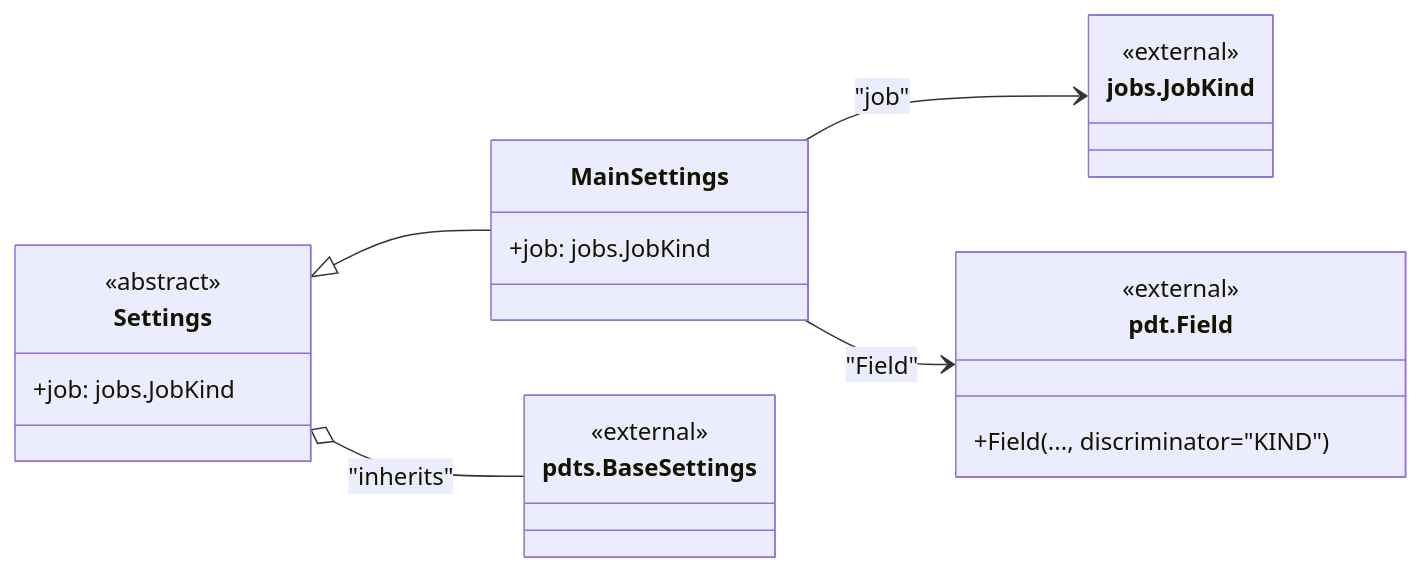
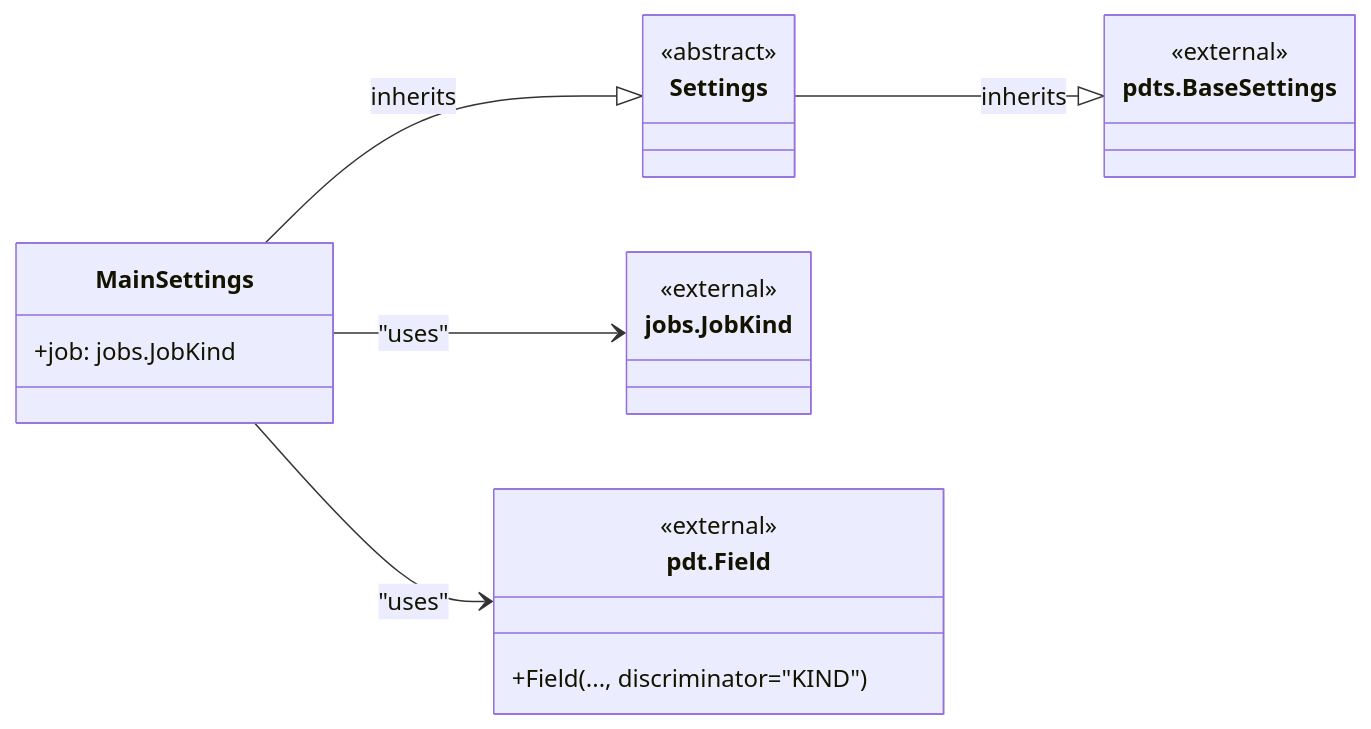
The diagram in Documents/Settings_stories.md (lgcorzo/mlops-python-package), drawn with Mermaid before and after one commit. The commit also changed other lines of this file and 21 other files, not shown here.

````diff
--- a/Documents/Settings_stories.md
+++ b/Documents/Settings_stories.md
@@ -18,32 +18,30 @@
 ```mermaid
 classDiagram
-direction LR
+    direction LR
 
     class Settings {
         <<abstract>>
-        +job: jobs.JobKind
     }
+    Settings --|> pdts.BaseSettings : inherits
 
     class MainSettings {
         +job: jobs.JobKind
     }
+    MainSettings --|> Settings : inherits
 
     class jobs.JobKind {
         <<external>>
     }
 
     class pdt.Field {
         <<external>>
         +Field(..., discriminator="KIND")
     }
 
     class pdts.BaseSettings {
         <<external>>
     }
 
-    Settings <|-- MainSettings
-    MainSettings --> jobs.JobKind : "job"
-    MainSettings --> pdt.Field : "Field"
-    Settings o-- pdts.BaseSettings : "inherits"
-
+    MainSettings --> jobs.JobKind : "uses"
+    MainSettings --> pdt.Field : "uses"
 ```
````
